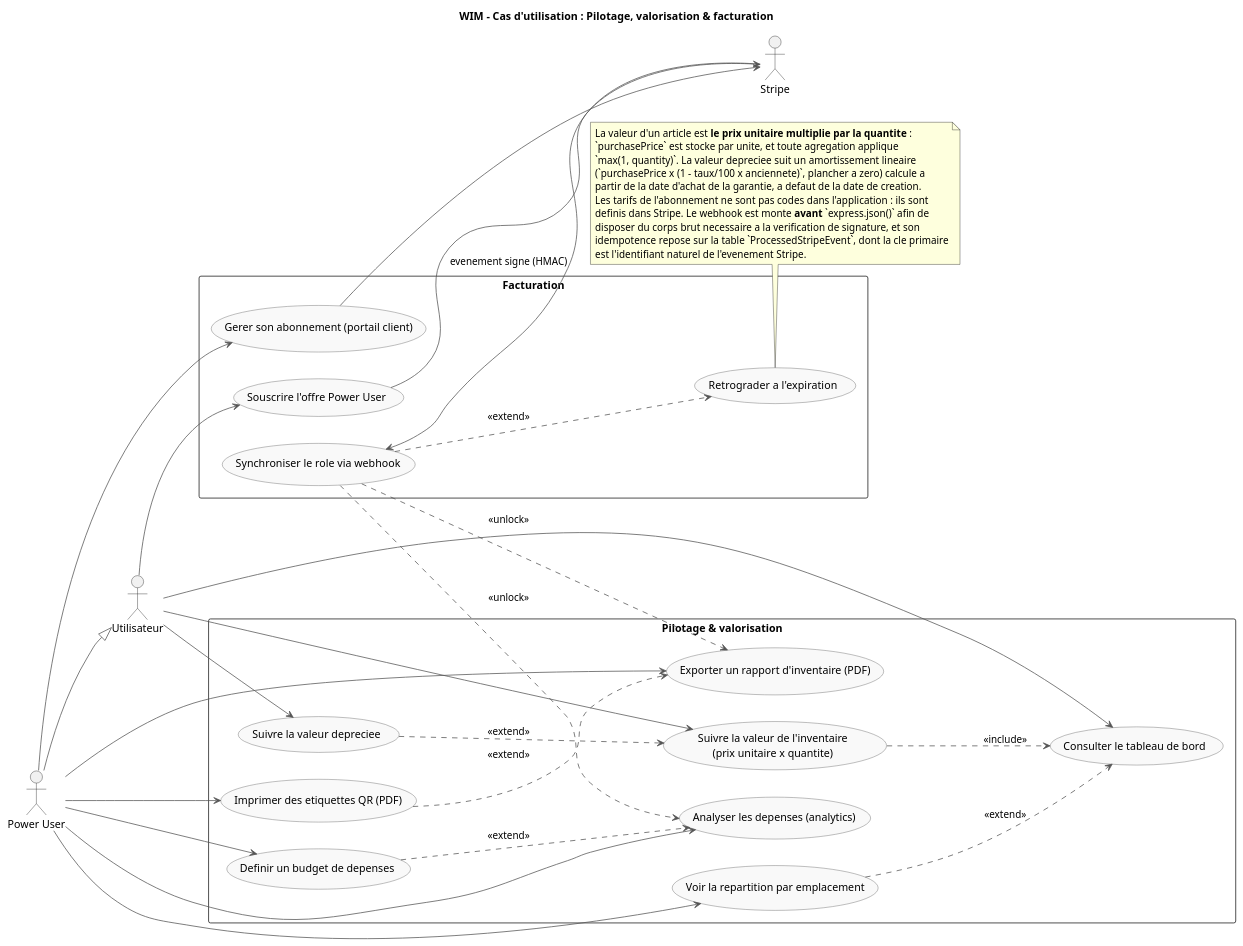
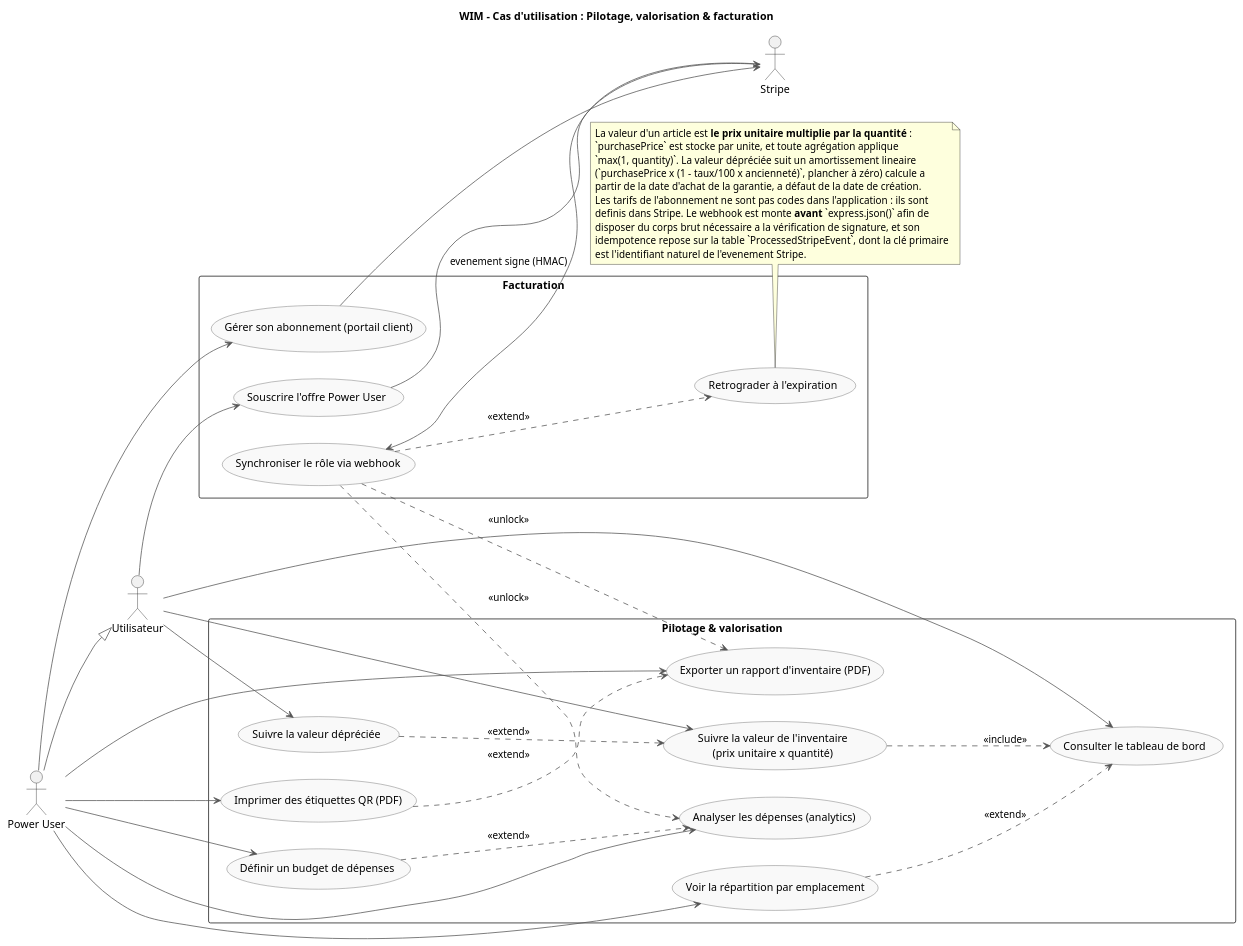
One commit to SGCSBorges/WIM changed the diagram in docs/uml/01f-uc-pilotage-facturation.puml. Above: the diagram before and after it, drawn with PlantUML. The commit also changed 19 other files, not shown here.

First line of the commit message:
UML: restore French accents in the ten new diagram sources

```diff
--- a/docs/uml/01f-uc-pilotage-facturation.puml
+++ b/docs/uml/01f-uc-pilotage-facturation.puml
@@ -1,75 +1,75 @@
 @startuml
 title WIM – Cas d'utilisation : Pilotage, valorisation & facturation
 
 left to right direction
 skinparam packageStyle rectangle
 skinparam usecase {
   BackgroundColor #f9f9f9
   BorderColor #555
   ArrowColor #555
 }
 
 actor "Utilisateur" as User
 actor "Power User" as PowerUser
 actor "Stripe" as Stripe
 
 rectangle "Pilotage & valorisation" {
   usecase "Consulter le tableau de bord" as UC_Dash
-  usecase "Suivre la valeur de l'inventaire\n(prix unitaire x quantite)" as UC_Value
-  usecase "Suivre la valeur depreciee" as UC_Depreciation
-  usecase "Voir la repartition par emplacement" as UC_ByLocation
-  usecase "Analyser les depenses (analytics)" as UC_Analytics
-  usecase "Definir un budget de depenses" as UC_Budget
+  usecase "Suivre la valeur de l'inventaire\n(prix unitaire x quantité)" as UC_Value
+  usecase "Suivre la valeur dépréciée" as UC_Depreciation
+  usecase "Voir la répartition par emplacement" as UC_ByLocation
+  usecase "Analyser les dépenses (analytics)" as UC_Analytics
+  usecase "Définir un budget de dépenses" as UC_Budget
   usecase "Exporter un rapport d'inventaire (PDF)" as UC_Report
-  usecase "Imprimer des etiquettes QR (PDF)" as UC_Labels
+  usecase "Imprimer des étiquettes QR (PDF)" as UC_Labels
 }
 
 rectangle "Facturation" {
   usecase "Souscrire l'offre Power User" as UC_Subscribe
-  usecase "Gerer son abonnement (portail client)" as UC_Portal
-  usecase "Synchroniser le role via webhook" as UC_Webhook
-  usecase "Retrograder a l'expiration" as UC_Downgrade
+  usecase "Gérer son abonnement (portail client)" as UC_Portal
+  usecase "Synchroniser le rôle via webhook" as UC_Webhook
+  usecase "Retrograder à l'expiration" as UC_Downgrade
 }
 
 User --> UC_Dash
 User --> UC_Value
 User --> UC_Depreciation
 User --> UC_Subscribe
 
 PowerUser --|> User
 PowerUser --> UC_ByLocation
 PowerUser --> UC_Analytics
 PowerUser --> UC_Budget
 PowerUser --> UC_Report
 PowerUser --> UC_Labels
 PowerUser --> UC_Portal
 
 UC_Subscribe --> Stripe
 UC_Portal --> Stripe
 Stripe --> UC_Webhook : evenement signe (HMAC)
 
 ' Include / extend
 UC_Value ..> UC_Dash : <<include>>
 UC_Depreciation ..> UC_Value : <<extend>>
 UC_ByLocation ..> UC_Dash : <<extend>>
 UC_Budget ..> UC_Analytics : <<extend>>
 UC_Labels ..> UC_Report : <<extend>>
 UC_Webhook ..> UC_Downgrade : <<extend>>
 
-' Dependance stereotypee : l'abonnement deverrouille les options payantes.
+' Dépendance stéréotypée : l'abonnement déverrouille les options payantes.
 UC_Webhook ..> UC_Analytics : <<unlock>>
 UC_Webhook ..> UC_Report : <<unlock>>
 
 note bottom
-La valeur d'un article est **le prix unitaire multiplie par la quantite** :
-`purchasePrice` est stocke par unite, et toute agregation applique
-`max(1, quantity)`. La valeur depreciee suit un amortissement lineaire
-(`purchasePrice x (1 - taux/100 x anciennete)`, plancher a zero) calcule a
-partir de la date d'achat de la garantie, a defaut de la date de creation.
+La valeur d'un article est **le prix unitaire multiplie par la quantité** :
+`purchasePrice` est stocke par unite, et toute agrégation applique
+`max(1, quantity)`. La valeur dépréciée suit un amortissement lineaire
+(`purchasePrice x (1 - taux/100 x ancienneté)`, plancher à zéro) calcule a
+partir de la date d'achat de la garantie, a défaut de la date de création.
 Les tarifs de l'abonnement ne sont pas codes dans l'application : ils sont
 definis dans Stripe. Le webhook est monte **avant** `express.json()` afin de
-disposer du corps brut necessaire a la verification de signature, et son
-idempotence repose sur la table `ProcessedStripeEvent`, dont la cle primaire
+disposer du corps brut nécessaire a la vérification de signature, et son
+idempotence repose sur la table `ProcessedStripeEvent`, dont la clé primaire
 est l'identifiant naturel de l'evenement Stripe.
 end note
 @enduml
```
